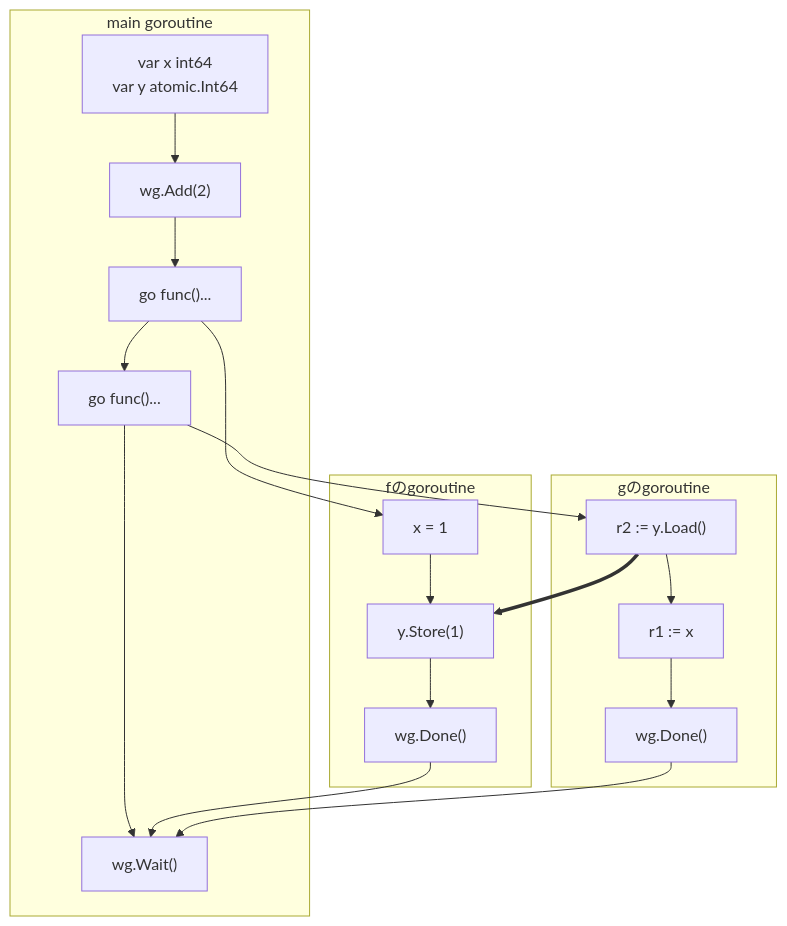
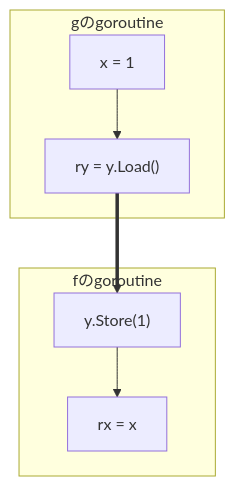
The eighth of 8 diagrams in books/go-memory-model/6.go119-sync-atomic.md (nobishino/zenn), drawn with Mermaid before and after one commit. The commit also changed other lines of this file and 6 other files, not shown here.

````diff
--- a/books/go-memory-model/6.go119-sync-atomic.md
+++ b/books/go-memory-model/6.go119-sync-atomic.md
@@ -396,17 +551,10 @@
 ```mermaid
 graph TD
     subgraph G["gのgoroutine"]
-        GR2["r2 := y.Load()"] --> GR1["r1 := x"] --> GD["wg.Done()"]
-    end
-    subgraph M["main goroutine"]
-        INIT["var x int64<br/>var y atomic.Int64"] --> ADD["wg.Add(2)"] --> GOF["go func()..."] --> GOG["go func()..."] --> W["wg.Wait()"]
+        GX["x = 1"] --> GYL["ry = y.Load()"]
     end
     subgraph F["fのgoroutine"]
-        FX["x = 1"] --> FY["y.Store(1)"] --> FD["wg.Done()"]
+        FYS["y.Store(1)"] --> FXL["rx = x"]
     end
-    GOF --> FX
-    GOG --> GR2
-    FD --> W
-    GD --> W
-    GR2 ==> FY
+    GYL ==> FYS
 ```
````
